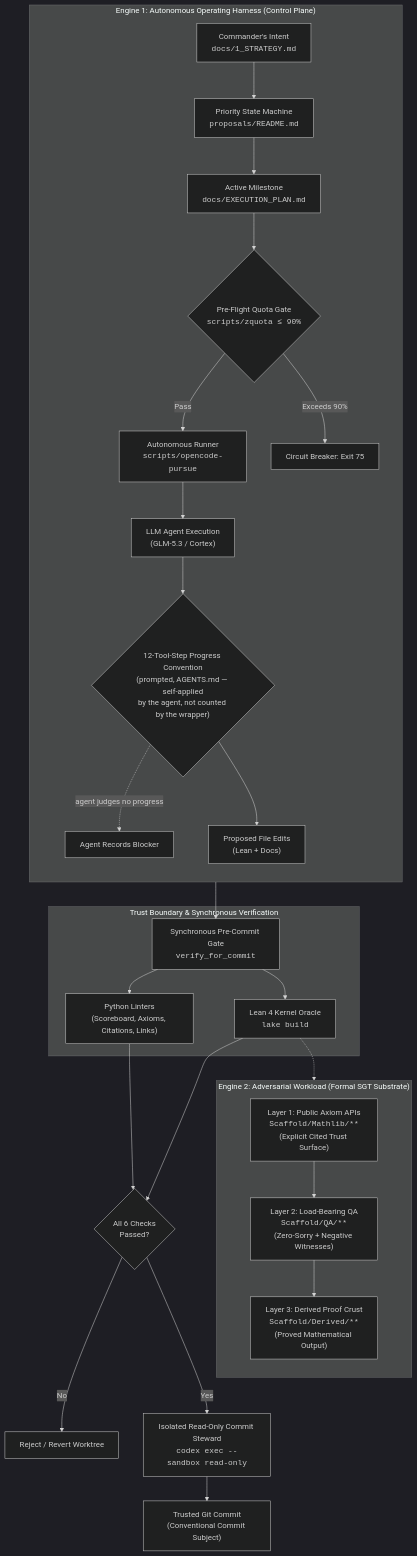
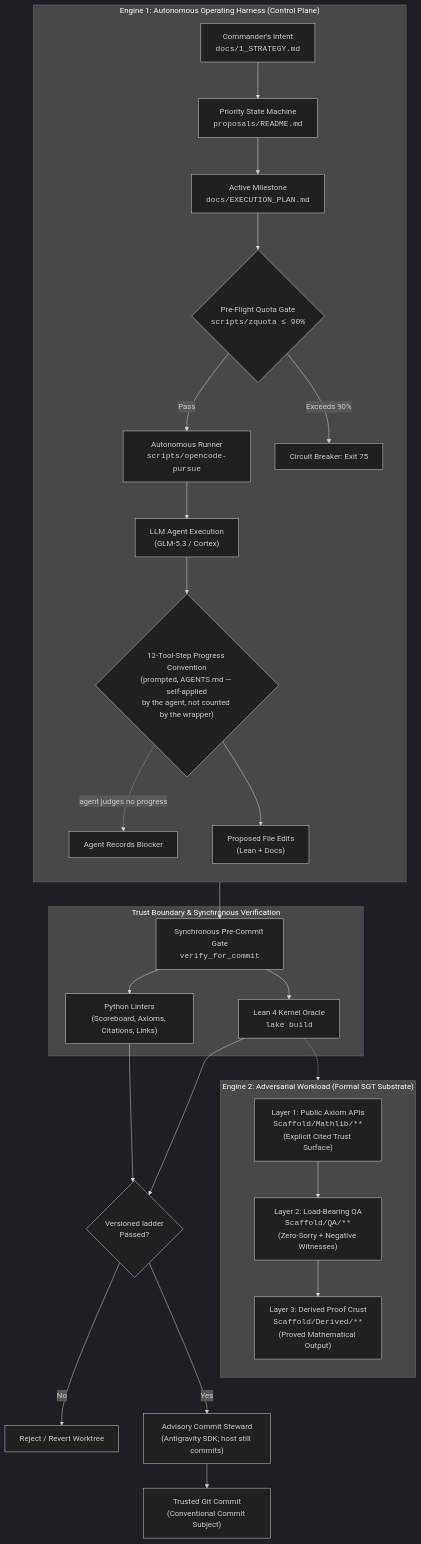
The first of 5 diagrams in docs/arch/scaffold-agentic-architecture-review.md (marcospolanco/SpectraLean), drawn with Mermaid (dark theme) before and after one commit. The commit also changed other lines of this file and 2 other files, not shown here.

First line of the commit message:
docs(arch): revise commit-steward protocol toward an atomic Sequence 0

````diff
--- a/docs/arch/scaffold-agentic-architecture-review.md
+++ b/docs/arch/scaffold-agentic-architecture-review.md
@@ -17,37 +17,37 @@
 ```mermaid
 graph TB
     subgraph ControlPlane ["Engine 1: Autonomous Operating Harness (Control Plane)"]
         direction TB
         Strat["Commander's Intent<br/><code>docs/1_STRATEGY.md</code>"] --> Backlog["Priority State Machine<br/><code>proposals/README.md</code>"]
         Backlog --> Plan["Active Milestone<br/><code>docs/EXECUTION_PLAN.md</code>"]
         Plan --> QuotaGate{"Pre-Flight Quota Gate<br/><code>scripts/zquota &le; 90%</code>"}
         QuotaGate -- "Pass" --> Runner["Autonomous Runner<br/><code>scripts/opencode-pursue</code>"]
         QuotaGate -- "Exceeds 90%" --> Block75["Circuit Breaker: Exit 75"]
         Runner --> AgentLoop["LLM Agent Execution<br/>(GLM-5.3 / Cortex)"]
         AgentLoop --> BrakeCheck{"12-Tool-Step Progress Convention<br/>(prompted, AGENTS.md — self-applied<br/>by the agent, not counted by the wrapper)"}
         BrakeCheck -. "agent judges no progress" .-> TrippedBrake["Agent Records Blocker"]
         BrakeCheck --> ProposedChanges["Proposed File Edits<br/>(Lean + Docs)"]
     end
 
     subgraph TrustBoundary ["Trust Boundary & Synchronous Verification"]
         ProposedChanges --> SyncGate["Synchronous Pre-Commit Gate<br/><code>verify_for_commit</code>"]
         SyncGate --> Linters["Python Linters<br/>(Scoreboard, Axioms, Citations, Links)"]
         SyncGate --> LeanKernel["Lean 4 Kernel Oracle<br/><code>lake build</code>"]
     end
 
     subgraph Workload ["Engine 2: Adversarial Workload (Formal SGT Substrate)"]
         direction TB
         Axioms["Layer 1: Public Axiom APIs<br/><code>Scaffold/Mathlib/**</code><br/>(Explicit Cited Trust Surface)"]
         QA["Layer 2: Load-Bearing QA<br/><code>Scaffold/QA/**</code><br/>(Zero-Sorry + Negative Witnesses)"]
         Derived["Layer 3: Derived Proof Crust<br/><code>Scaffold/Derived/**</code><br/>(Proved Mathematical Output)"]
         Axioms --> QA
         QA --> Derived
     end
 
-    Linters & LeanKernel --> GatedDecision{"All 6 Checks<br/>Passed?"}
+    Linters & LeanKernel --> GatedDecision{"Versioned ladder<br/>Passed?"}
     GatedDecision -- "No" --> Reject["Reject / Revert Worktree"]
-    GatedDecision -- "Yes" --> Steward["Isolated Read-Only Commit Steward<br/><code>codex exec --sandbox read-only</code>"]
+    GatedDecision -- "Yes" --> Steward["Advisory Commit Steward<br/>(Antigravity SDK; host still commits)"]
     Steward --> GitCommit["Trusted Git Commit<br/>(Conventional Commit Subject)"]
 
     LeanKernel -.-> Workload
 ```
````
